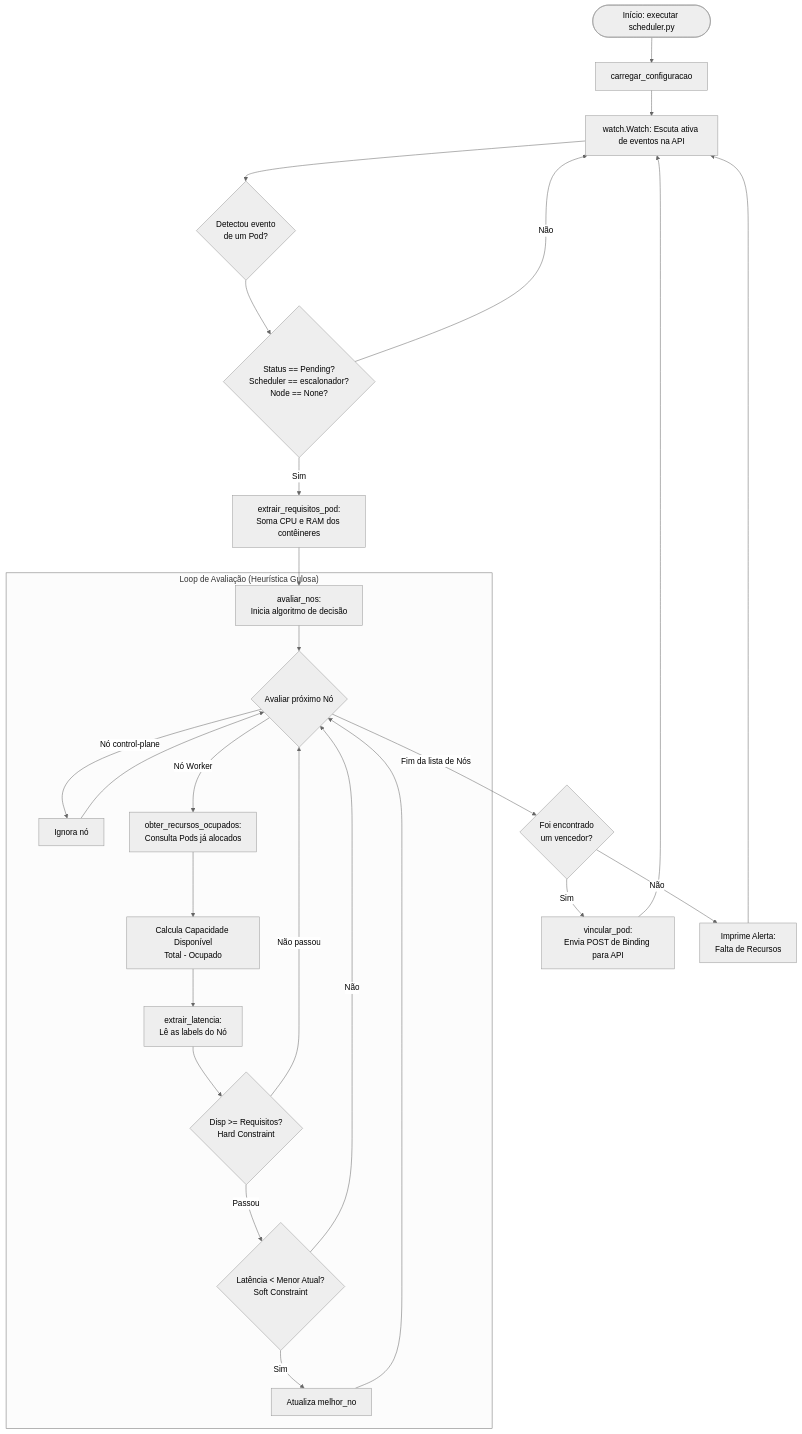
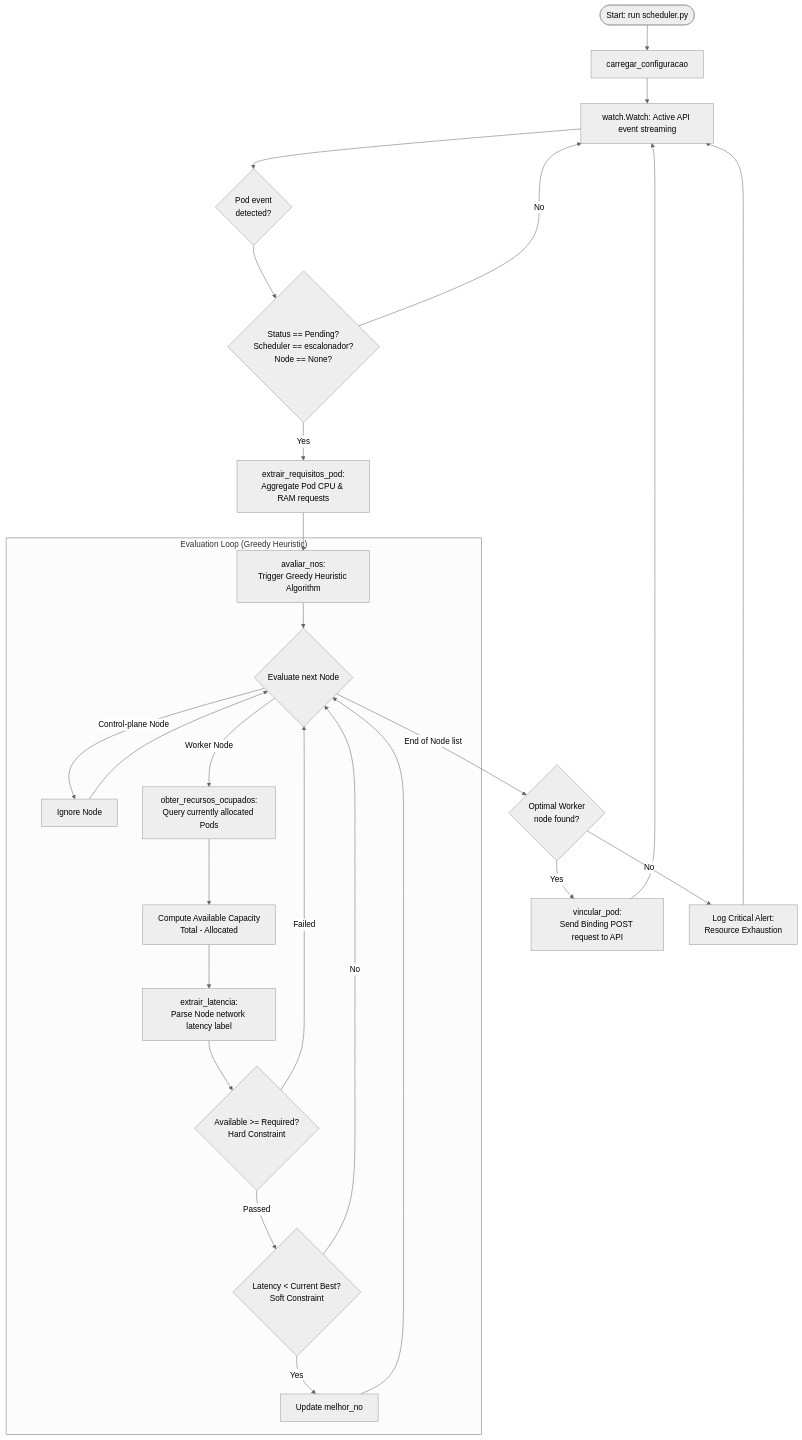
Before and after one commit to tioneOliveira/Kubernets-Scheduler: the diagram in README.md, drawn with Mermaid (neutral theme). The commit also changed other lines of this file, not shown here.

Commit message:
mermaid3

````diff
--- a/README.md
+++ b/README.md
@@ -35,37 +35,37 @@
 ```mermaid
 graph TD
-    A([Início: executar scheduler.py]) --> B[carregar_configuracao]
-    B --> C[watch.Watch: Escuta ativa de eventos na API]
+    A([Start: run scheduler.py]) --> B[carregar_configuracao]
+    B --> C[watch.Watch: Active API event streaming]
     
-    C --> D{Detectou evento<br>de um Pod?}
+    C --> D{Pod event<br>detected?}
     D --> E{Status == Pending?<br>Scheduler == escalonador?<br>Node == None?}
     
-    E -->|Não| C
-    E -->|Sim| F[extrair_requisitos_pod:<br>Soma CPU e RAM dos contêineres]
+    E -->|No| C
+    E -->|Yes| F[extrair_requisitos_pod:<br>Aggregate Pod CPU & RAM requests]
     
-    F --> G[avaliar_nos:<br>Inicia algoritmo de decisão]
+    F --> G[avaliar_nos:<br>Trigger Greedy Heuristic Algorithm]
     
-    subgraph "Loop de Avaliação (Heurística Gulosa)"
-        G --> H{Avaliar próximo Nó}
-        H -->|Nó control-plane| I[Ignora nó]
+    subgraph "Evaluation Loop (Greedy Heuristic)"
+        G --> H{Evaluate next Node}
+        H -->|Control-plane Node| I[Ignore Node]
         I --> H
-        H -->|Nó Worker| J[obter_recursos_ocupados:<br>Consulta Pods já alocados]
-        J --> K[Calcula Capacidade Disponível<br>Total - Ocupado]
-        K --> L[extrair_latencia:<br>Lê as labels do Nó]
+        H -->|Worker Node| J[obter_recursos_ocupados:<br>Query currently allocated Pods]
+        J --> K[Compute Available Capacity<br>Total - Allocated]
+        K --> L[extrair_latencia:<br>Parse Node network latency label]
         
-        L --> M{Disp >= Requisitos?<br>Hard Constraint}
-        M -->|Não passou| H
-        M -->|Passou| N{Latência < Menor Atual?<br>Soft Constraint}
-        N -->|Não| H
-        N -->|Sim| O[Atualiza melhor_no]
+        L --> M{Available >= Required?<br>Hard Constraint}
+        M -->|Failed| H
+        M -->|Passed| N{Latency < Current Best?<br>Soft Constraint}
+        N -->|No| H
+        N -->|Yes| O[Update melhor_no]
         O --> H
     end
     
-    H -->|Fim da lista de Nós| P{Foi encontrado<br>um vencedor?}
+    H -->|End of Node list| P{Optimal Worker<br>node found?}
     
-    P -->|Sim| Q[vincular_pod:<br>Envia POST de Binding para API]
-    P -->|Não| R[Imprime Alerta:<br>Falta de Recursos]
+    P -->|Yes| Q[vincular_pod:<br>Send Binding POST request to API]
+    P -->|No| R[Log Critical Alert:<br>Resource Exhaustion]
     
     Q --> C
     R --> C
 ```
````
